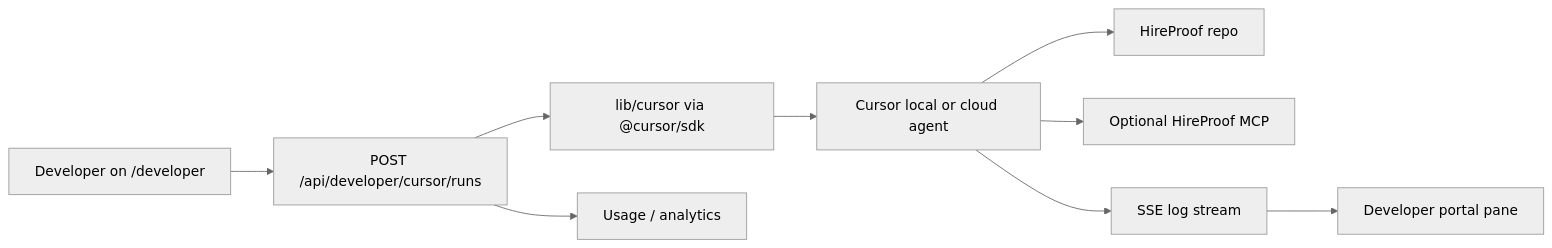
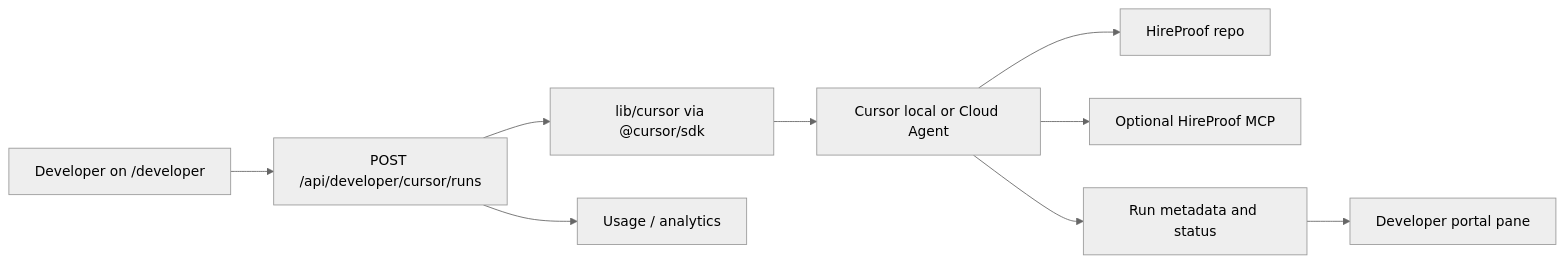
Before and after one commit to Iron-Mark/Hackathon-HireProof: the diagram in docs/cursor/sdk.md, drawn with Mermaid (neutral theme). The commit also changed other lines of this file and 36 other files, not shown here.

````diff
--- a/docs/cursor/sdk.md
+++ b/docs/cursor/sdk.md
@@ -11,11 +11,11 @@
 ```mermaid
 flowchart LR
   U[Developer on /developer] --> R[POST /api/developer/cursor/runs]
   R --> A[lib/cursor via @cursor/sdk]
-  A --> C[Cursor local or cloud agent]
+  A --> C[Cursor local or Cloud Agent]
   C --> G[HireProof repo]
   C --> M[Optional HireProof MCP]
-  C --> S[SSE log stream]
+  C --> S[Run metadata and status]
   S --> UI[Developer portal pane]
   R --> T[Usage / analytics]
 ```
````
